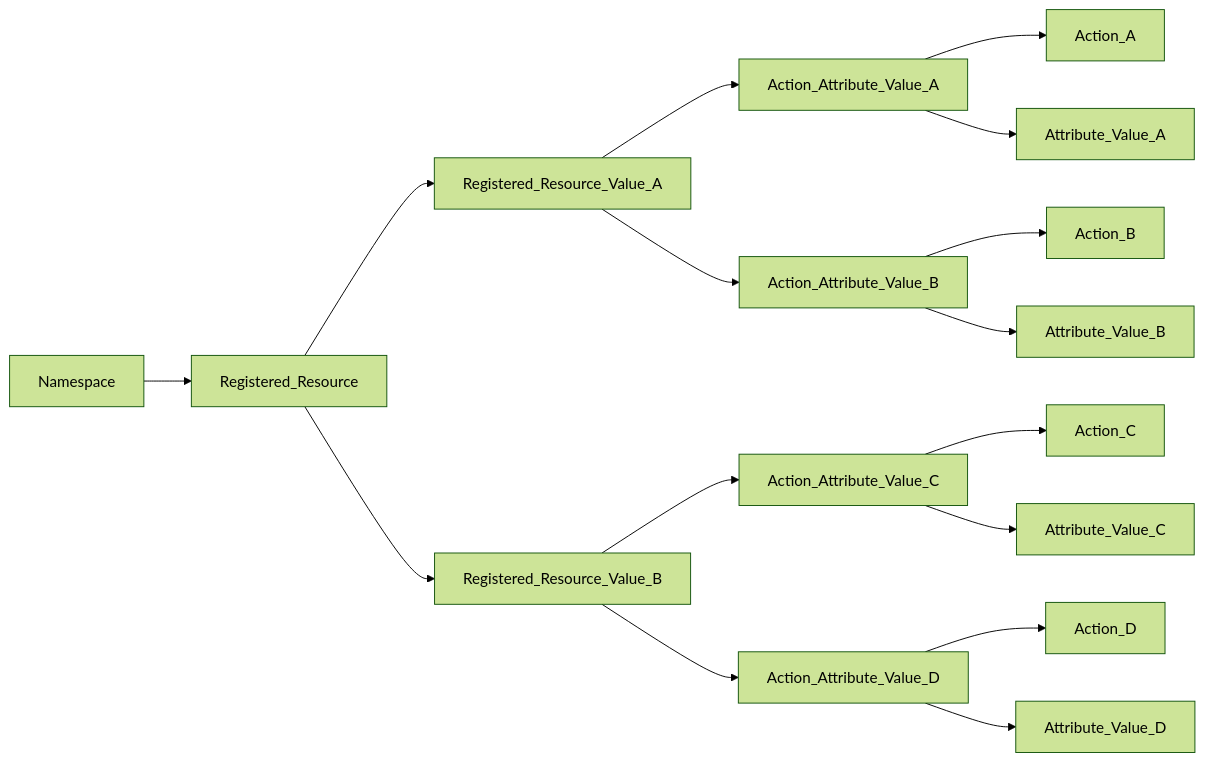
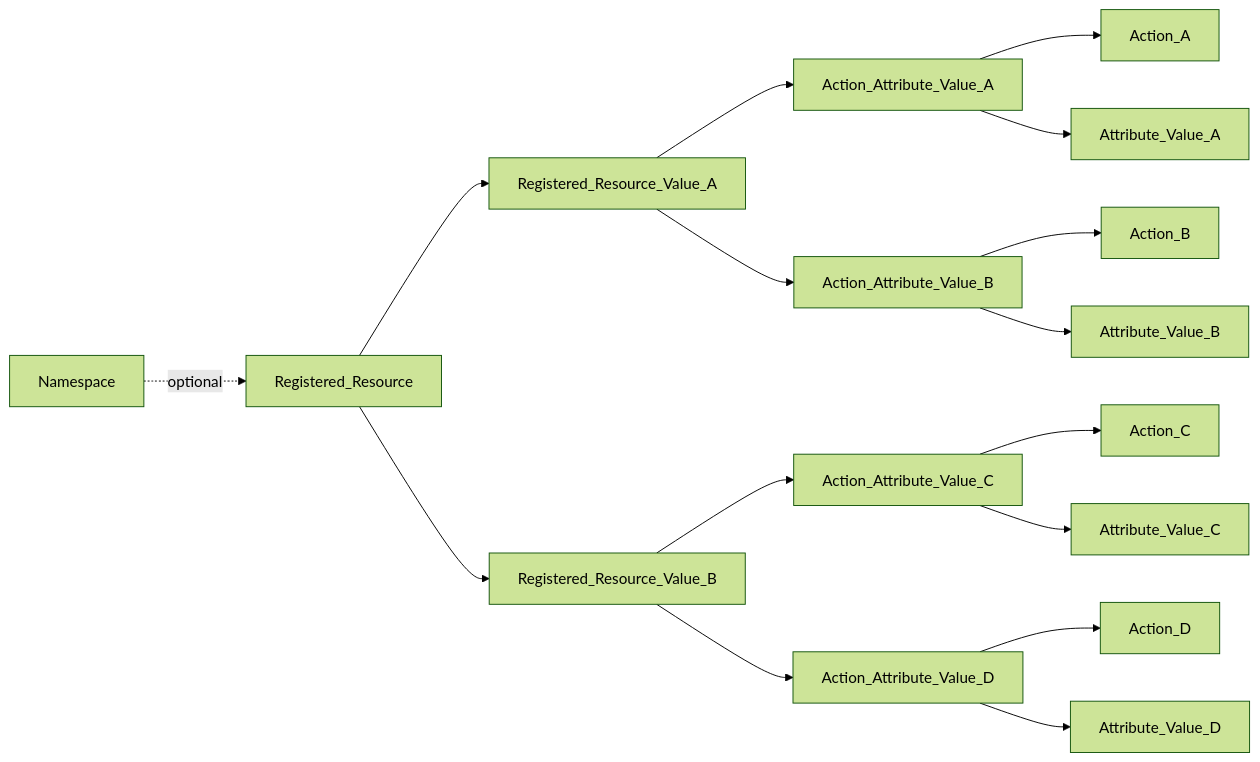
Before and after one commit to opentdf/docs: the diagram in docs/components/policy/registered_resources.md, drawn with Mermaid (forest theme). The commit also changed other lines of this file and 3 other files, not shown here.

````diff
--- a/docs/components/policy/registered_resources.md
+++ b/docs/components/policy/registered_resources.md
@@ -24,24 +30,24 @@
 ```mermaid
 graph LR;
 
-Namespace-->Registered_Resource;
+Namespace-.->|optional|Registered_Resource;
 
 Registered_Resource-->Registered_Resource_Value_A;
 Registered_Resource-->Registered_Resource_Value_B;
 
 Registered_Resource_Value_A-->Action_Attribute_Value_A;
 Registered_Resource_Value_A-->Action_Attribute_Value_B;
 
 Action_Attribute_Value_A-->Action_A;
 Action_Attribute_Value_A-->Attribute_Value_A;
 Action_Attribute_Value_B-->Action_B;
 Action_Attribute_Value_B-->Attribute_Value_B;
 
 Registered_Resource_Value_B-->Action_Attribute_Value_C;
 Registered_Resource_Value_B-->Action_Attribute_Value_D;
 Action_Attribute_Value_C-->Action_C;
 Action_Attribute_Value_C-->Attribute_Value_C;
 Action_Attribute_Value_D-->Action_D;
 Action_Attribute_Value_D-->Attribute_Value_D;
 
 ```
````
